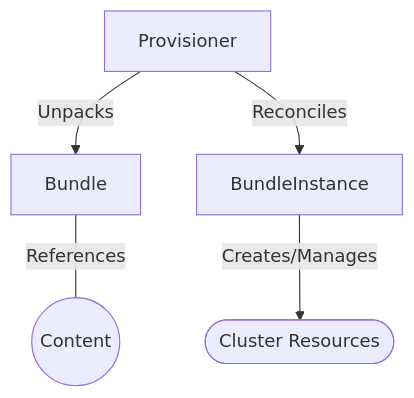
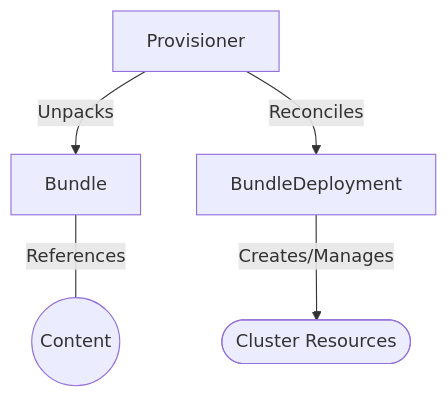
One commit to operator-framework/rukpak changed the diagram in README.md. Above: the diagram before and after it, drawn with Mermaid. The commit also changed other lines of this file and 12 other files, not shown here.

Commit message:
docs: Update BundleInstance to BundleDeployment

````diff
--- a/README.md
+++ b/README.md
@@ -85,8 +85,8 @@
 ```mermaid
 graph TD
     C[Provisioner]
     C -->|Unpacks| D[Bundle]
-    C -->|Reconciles| E[BundleInstance]
+    C -->|Reconciles| E[BundleDeployment]
     D ---|References| F((Content))
     E -->|Creates/Manages| G([Cluster Resources])
 ```
````
